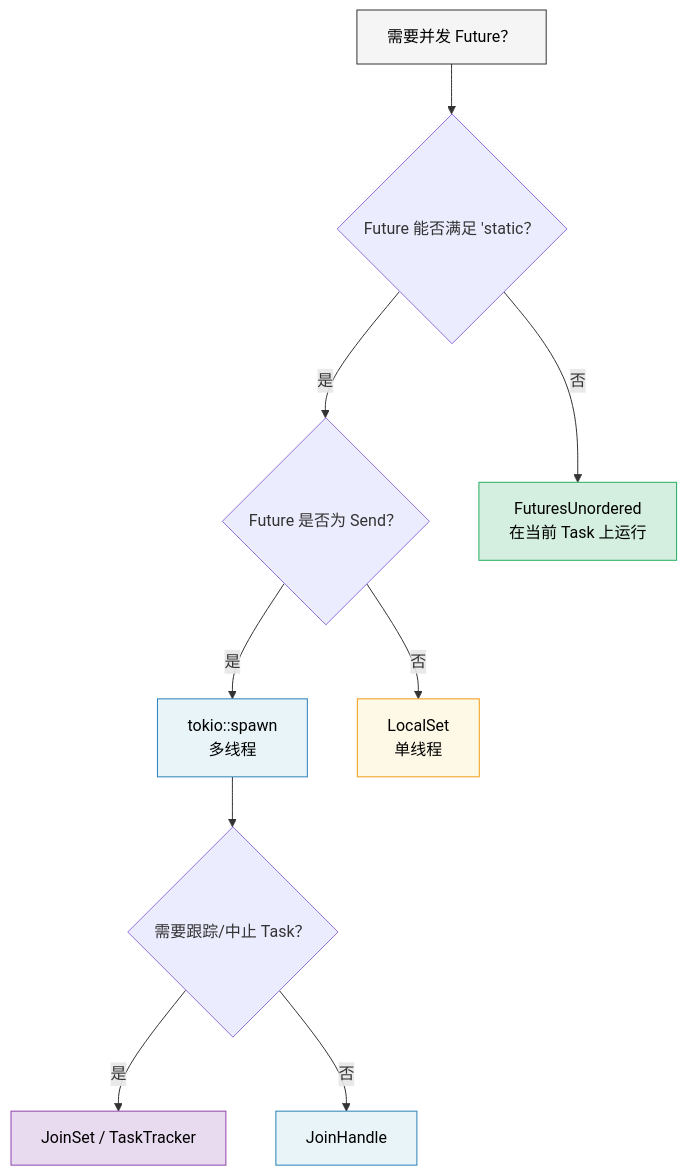
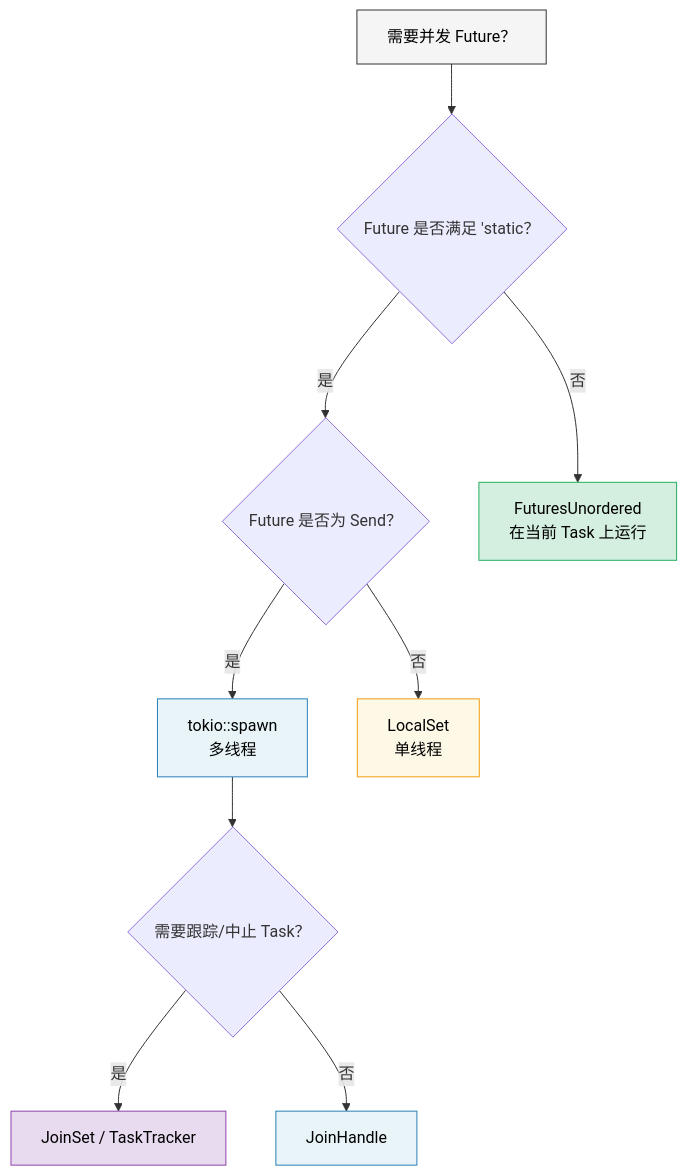
Before and after one commit to hearsay316/RustTraining: the diagram in async-book/src-zh/ch09-when-tokio-isnt-the-right-fit.md, drawn with Mermaid. The commit also changed other lines of this file and 20 other files, not shown here.

````diff
--- a/async-book/src-zh/ch09-when-tokio-isnt-the-right-fit.md
+++ b/async-book/src-zh/ch09-when-tokio-isnt-the-right-fit.md
@@ -10,18 +10,18 @@
 ```mermaid
 graph TD
-    START["需要并发 Future？"] --> STATIC{"Future 能否满足 'static？"}
+    START["需要并发 Future？"] --> STATIC{"Future 是否满足 'static？"}
     STATIC -->|是| SEND{"Future 是否为 Send？"}
     STATIC -->|否| FU["FuturesUnordered<br/>在当前 Task 上运行"]
     SEND -->|是| SPAWN["tokio::spawn<br/>多线程"]
     SEND -->|否| LOCAL["LocalSet<br/>单线程"]
     SPAWN --> MANAGE{"需要跟踪/中止 Task？"}
     MANAGE -->|是| JOINSET["JoinSet / TaskTracker"]
     MANAGE -->|否| HANDLE["JoinHandle"]
 
     style START fill:#f5f5f5,stroke:#333,color:#000
     style FU fill:#d4efdf,stroke:#27ae60,color:#000
     style SPAWN fill:#e8f4f8,stroke:#2980b9,color:#000
     style LOCAL fill:#fef9e7,stroke:#f39c12,color:#000
     style JOINSET fill:#e8daef,stroke:#8e44ad,color:#000
     style HANDLE fill:#e8f4f8,stroke:#2980b9,color:#000
 ```
````
